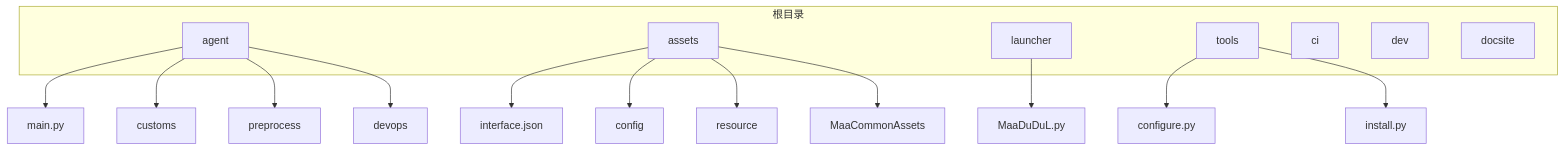
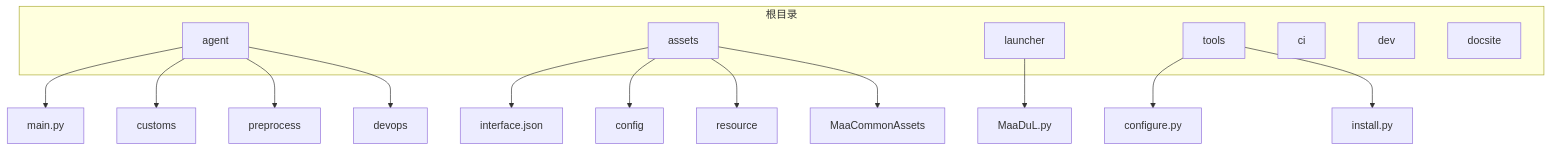
One commit to kqcoxn/MaaDuDuL changed the first of 7 diagrams in .qoder/repowiki/zh/content/项目概述.md. Above: the diagram before and after it, drawn with Mermaid. The commit also changed other lines of this file and 9 other files, not shown here.

````diff
--- a/.qoder/repowiki/zh/content/项目概述.md
+++ b/.qoder/repowiki/zh/content/项目概述.md
@@ -44,23 +58,23 @@
 ```mermaid
 graph TD
 subgraph "根目录"
 agent[agent]
 assets[assets]
 launcher[launcher]
 tools[tools]
 ci[ci]
 dev[dev]
 docsite[docsite]
 end
 agent --> main[main.py]
 agent --> customs[customs]
 agent --> preprocess[preprocess]
 agent --> devops[devops]
 assets --> interface[interface.json]
 assets --> config[config]
 assets --> resource[resource]
 assets --> MaaCommonAssets[MaaCommonAssets]
-launcher --> MaaDuDuL[MaaDuDuL.py]
+launcher --> MaaDuDuL[MaaDuL.py]
 tools --> configure[configure.py]
 tools --> install[install.py]
 ```
````
